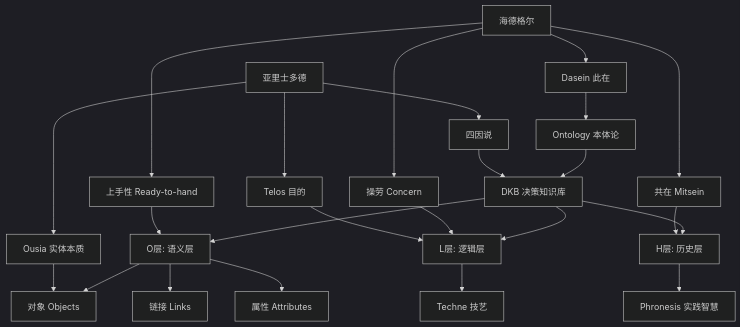
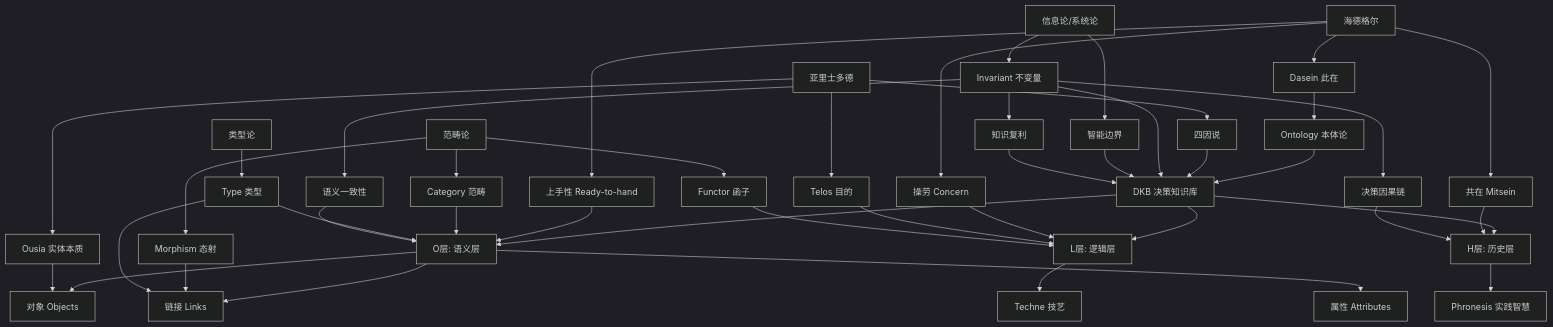
One commit to AdaMartin18010/FormalAI changed the diagram in Philosophy/model/07-术语表与概念索引.md. Above: the diagram before and after it, drawn with Mermaid (dark theme). The commit also changed other lines of this file and 22 other files, not shown here.

````diff
--- a/Philosophy/model/07-术语表与概念索引.md
+++ b/Philosophy/model/07-术语表与概念索引.md
@@ -328,31 +439,53 @@
 ```mermaid
 graph TB
     A[Ontology 本体论] --> B[DKB 决策知识库]
     B --> C[O层: 语义层]
     B --> D[L层: 逻辑层]
     B --> E[H层: 历史层]
 
     C --> F[对象 Objects]
     C --> G[链接 Links]
     C --> H[属性 Attributes]
 
     D --> I[Techne 技艺]
     E --> J[Phronesis 实践智慧]
 
     K[海德格尔] --> L[Dasein 此在]
     K --> M[上手性 Ready-to-hand]
     K --> N[操劳 Concern]
     K --> O[共在 Mitsein]
 
     P[亚里士多德] --> Q[Ousia 实体本质]
     P --> R[Telos 目的]
     P --> S[四因说]
 
     L --> A
     M --> C
     N --> D
     O --> E
     Q --> F
     R --> D
     S --> B
+
+    T[范畴论] --> U[Category 范畴]
+    T --> V[Morphism 态射]
+    T --> W[Functor 函子]
+    U --> C
+    V --> G
+    W --> D
+
+    X[类型论] --> Y[Type 类型]
+    Y --> C
+    Y --> G
+
+    Z[信息论/系统论] --> AA[Invariant 不变量]
+    Z --> AB[智能边界]
+    AA --> B
+    AB --> B
+    AA --> AC[语义一致性]
+    AA --> AD[决策因果链]
+    AA --> AE[知识复利]
+    AC --> C
+    AD --> E
+    AE --> B
 ```
````
